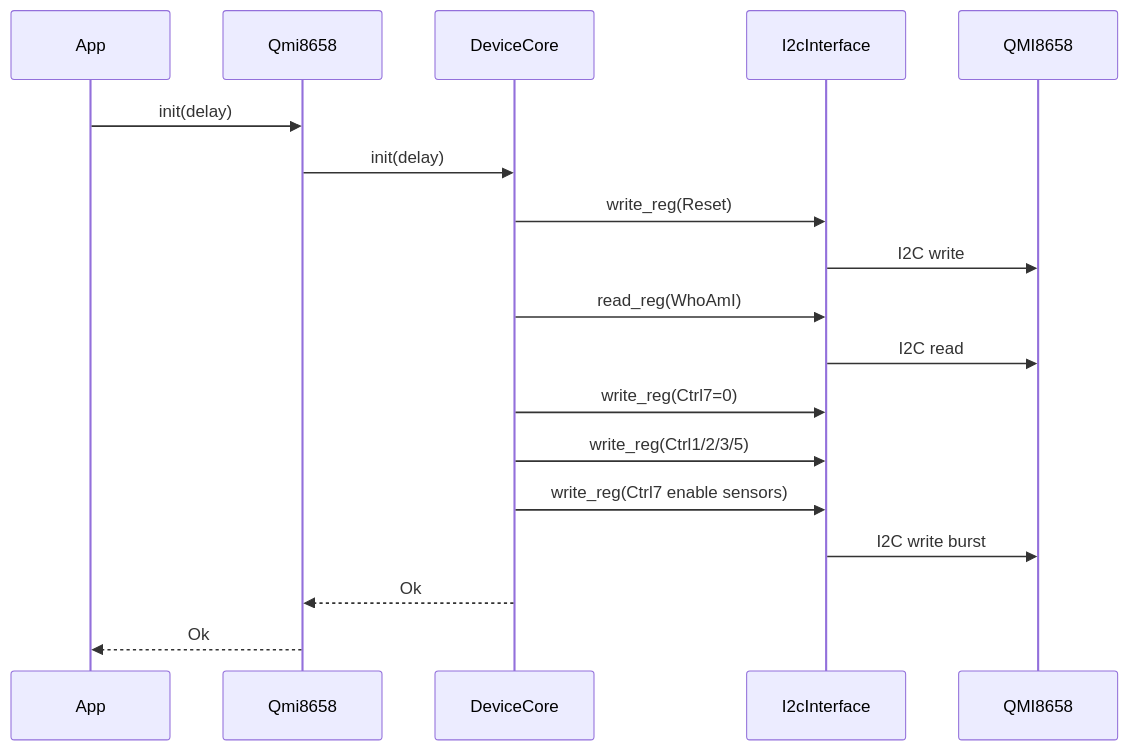
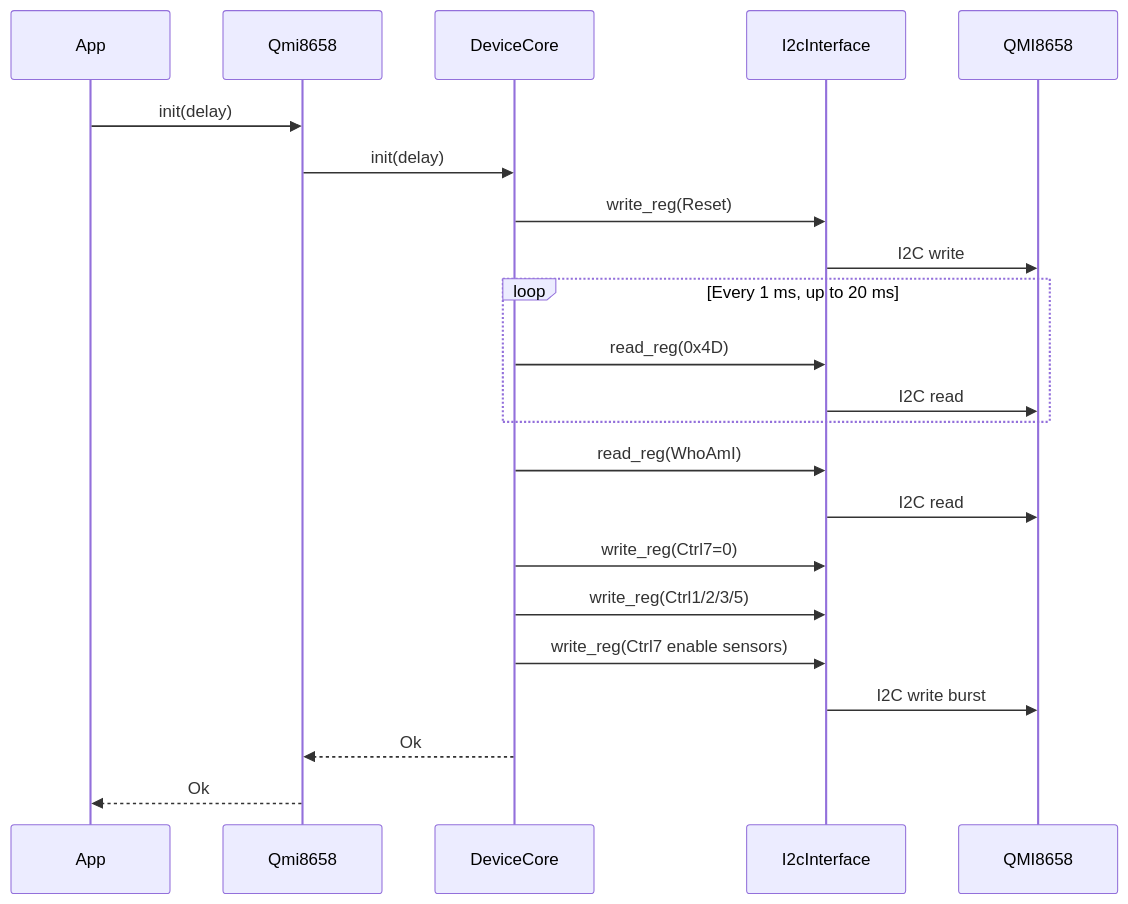
Before and after one commit to photon-circus/ph-qmi8658-imu: the second of 5 diagrams in crates/qmi8658/ARCHITECTURE.md, drawn with Mermaid. The commit also changed other lines of this file and 10 other files, not shown here.

````diff
--- a/crates/qmi8658/ARCHITECTURE.md
+++ b/crates/qmi8658/ARCHITECTURE.md
@@ -43,21 +48,25 @@
 ```mermaid
 sequenceDiagram
   participant App
   participant Driver as Qmi8658
   participant Core as DeviceCore
   participant Bus as I2cInterface
   participant Dev as QMI8658
 
   App->>Driver: init(delay)
   Driver->>Core: init(delay)
   Core->>Bus: write_reg(Reset)
   Bus->>Dev: I2C write
+  loop Every 1 ms, up to 20 ms
+    Core->>Bus: read_reg(0x4D)
+    Bus->>Dev: I2C read
+  end
   Core->>Bus: read_reg(WhoAmI)
   Bus->>Dev: I2C read
   Core->>Bus: write_reg(Ctrl7=0)
   Core->>Bus: write_reg(Ctrl1/2/3/5)
   Core->>Bus: write_reg(Ctrl7 enable sensors)
   Bus->>Dev: I2C write burst
   Core-->>Driver: Ok
   Driver-->>App: Ok
 ```
````
